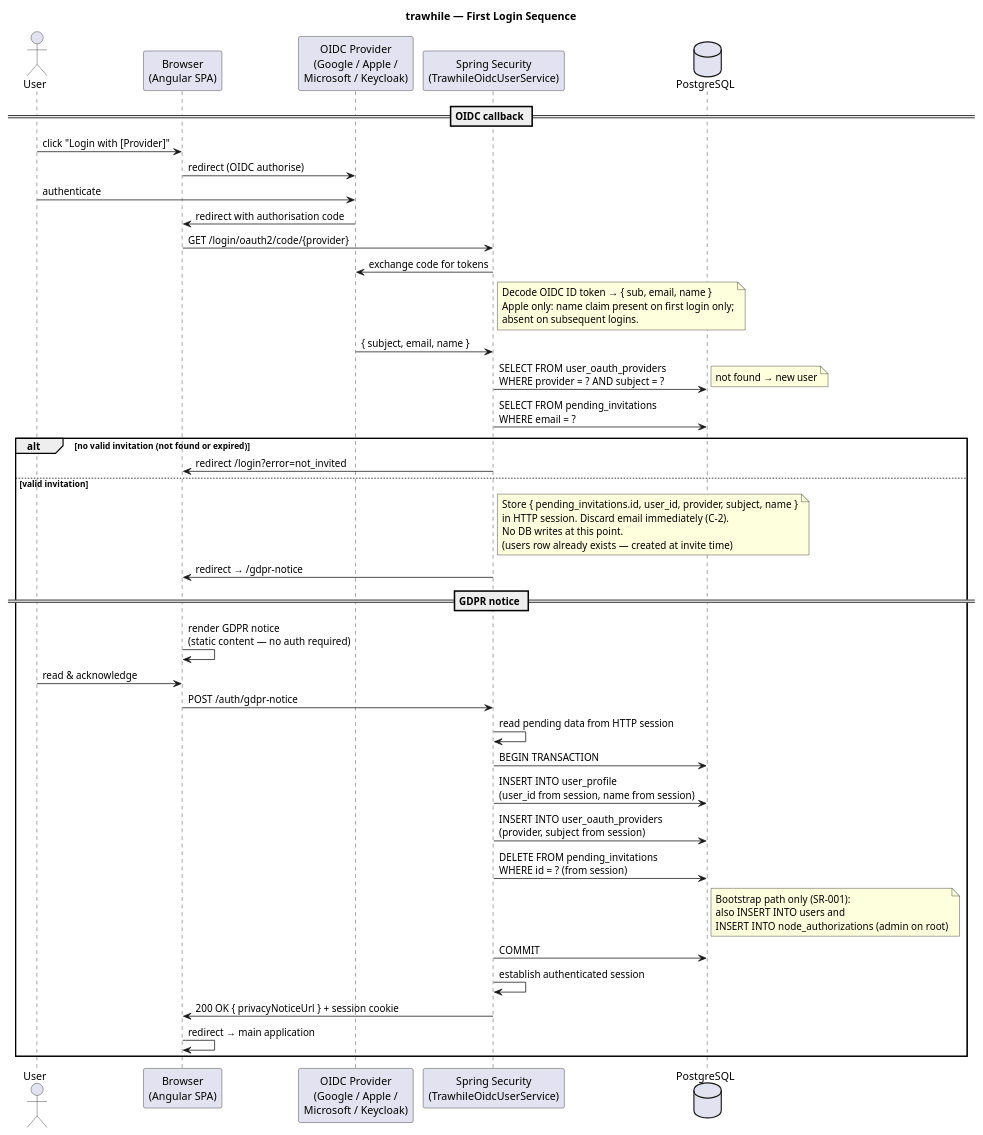
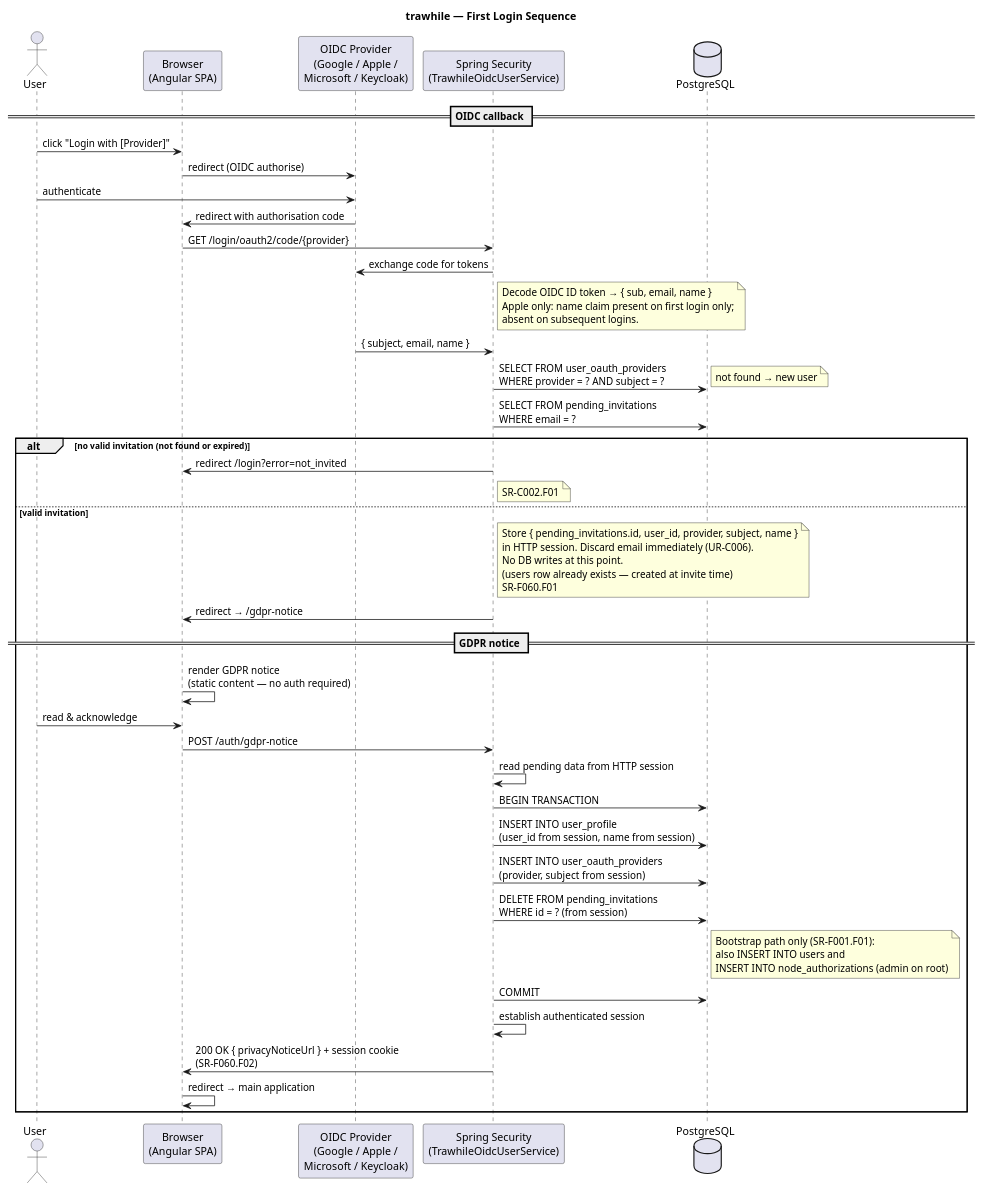
The diagram in docs/uml/seq-first-login.puml (uCore7/trawhile), drawn with PlantUML before and after one commit. The commit also changed 78 other files, not shown here.

```diff
--- a/docs/uml/seq-first-login.puml
+++ b/docs/uml/seq-first-login.puml
@@ -1,68 +1,70 @@
 @startuml seq-first-login
 title trawhile — First Login Sequence
 
 actor       "User"                          as User
 participant "Browser\n(Angular SPA)"        as Browser
 participant "OIDC Provider\n(Google / Apple /\nMicrosoft / Keycloak)" as Provider
 participant "Spring Security\n(TrawhileOidcUserService)" as Spring
 database    "PostgreSQL"                    as DB
 
 == OIDC callback ==
 
 User   ->  Browser : click "Login with [Provider]"
 Browser -> Provider : redirect (OIDC authorise)
 User   ->  Provider : authenticate
 Provider -> Browser : redirect with authorisation code
 Browser -> Spring   : GET /login/oauth2/code/{provider}
 
 Spring -> Provider : exchange code for tokens
 note right of Spring
   Decode OIDC ID token → { sub, email, name }
   Apple only: name claim present on first login only;
   absent on subsequent logins.
 end note
 Provider -> Spring : { subject, email, name }
 
 Spring -> DB : SELECT FROM user_oauth_providers\nWHERE provider = ? AND subject = ?
 note right : not found → new user
 
 Spring -> DB : SELECT FROM pending_invitations\nWHERE email = ?
 
 alt no valid invitation (not found or expired)
   Spring -> Browser : redirect /login?error=not_invited
+  note right of Spring : SR-C002.F01
 else valid invitation
 
   note right of Spring
     Store { pending_invitations.id, user_id, provider, subject, name }
-    in HTTP session. Discard email immediately (C-2).
+    in HTTP session. Discard email immediately (UR-C006).
     No DB writes at this point.
     (users row already exists — created at invite time)
+    SR-F060.F01
   end note
 
   Spring -> Browser : redirect → /gdpr-notice
 
   == GDPR notice ==
 
   Browser -> Browser : render GDPR notice\n(static content — no auth required)
   User    -> Browser : read & acknowledge
 
   Browser -> Spring  : POST /auth/gdpr-notice
   Spring  -> Spring  : read pending data from HTTP session
   Spring  -> DB      : BEGIN TRANSACTION
   Spring  -> DB      : INSERT INTO user_profile\n(user_id from session, name from session)
   Spring  -> DB      : INSERT INTO user_oauth_providers\n(provider, subject from session)
   Spring  -> DB      : DELETE FROM pending_invitations\nWHERE id = ? (from session)
   note right of DB
-    Bootstrap path only (SR-001):
+    Bootstrap path only (SR-F001.F01):
     also INSERT INTO users and
     INSERT INTO node_authorizations (admin on root)
   end note
   Spring  -> DB      : COMMIT
 
   Spring  -> Spring  : establish authenticated session
-  Spring  -> Browser : 200 OK { privacyNoticeUrl } + session cookie
+  Spring  -> Browser : 200 OK { privacyNoticeUrl } + session cookie\n(SR-F060.F02)
   Browser -> Browser : redirect → main application
 
 end
 
 @enduml
```
